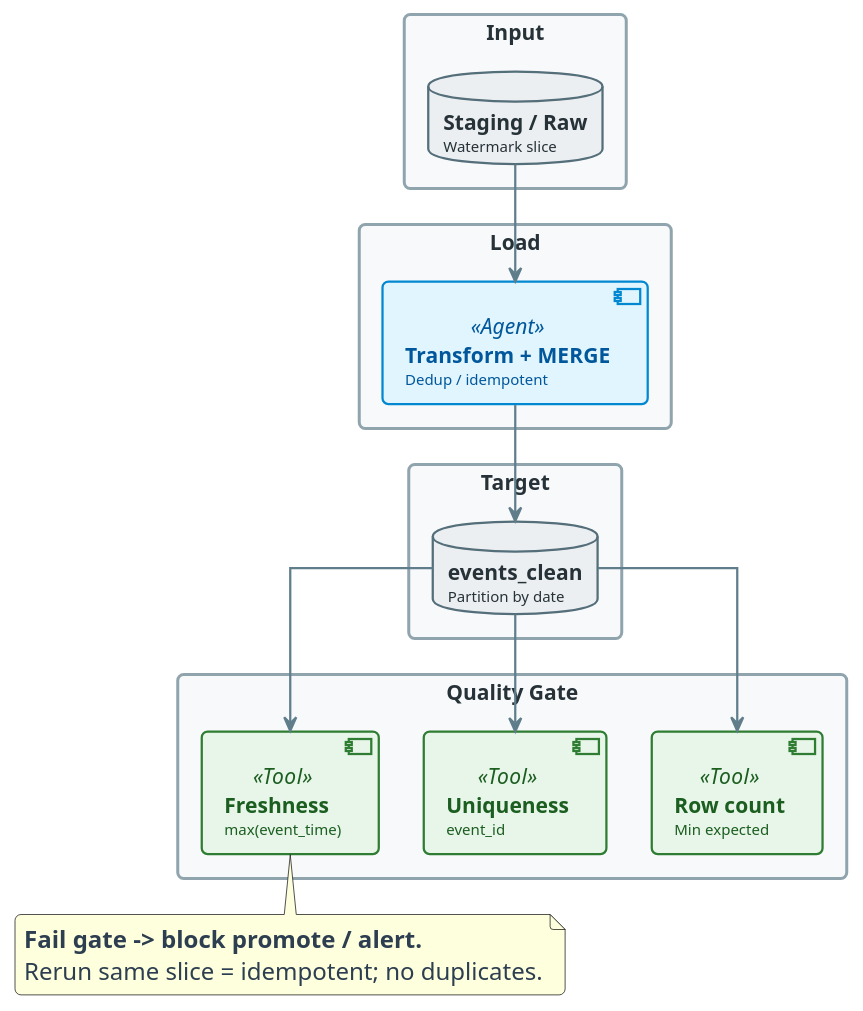
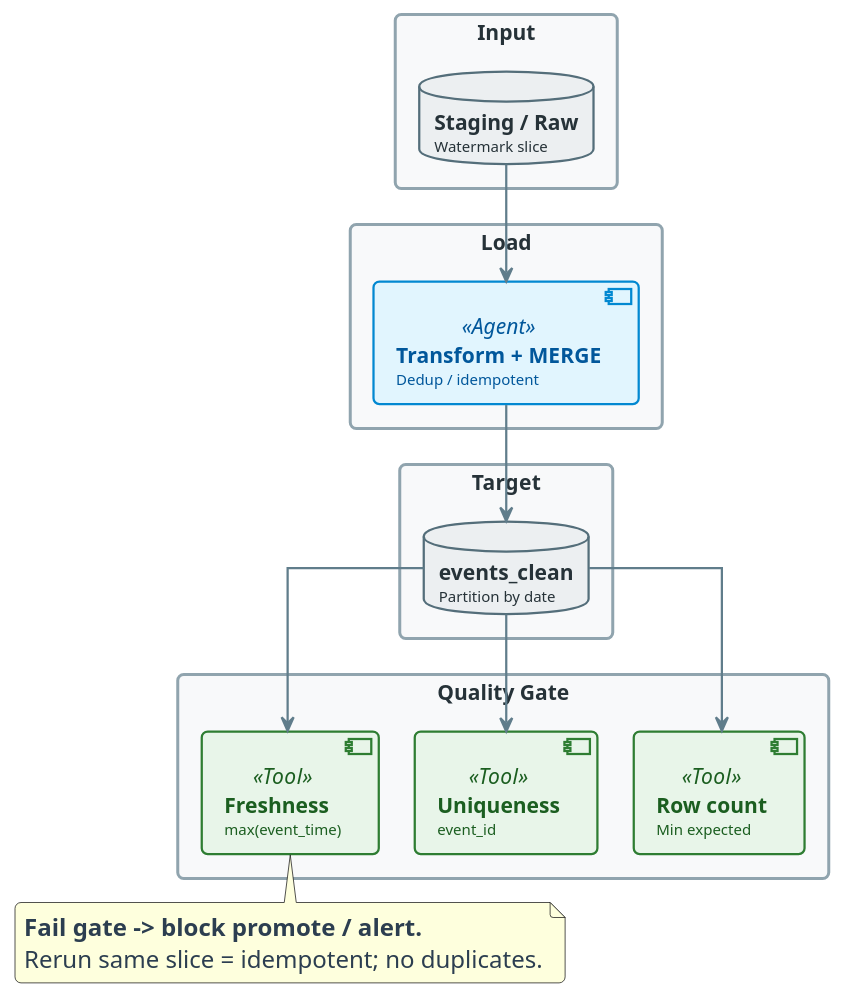
Before and after one commit to OrPerets/data-engineering-course: the diagram in diagrams/week13/week13_practice_slide20_quality_gate_flow.puml, drawn with PlantUML. The commit also changed 142 other files, not shown here.

```diff
--- a/diagrams/week13/week13_practice_slide20_quality_gate_flow.puml
+++ b/diagrams/week13/week13_practice_slide20_quality_gate_flow.puml
@@ -1,160 +1,160 @@
 @startuml
 '=================================================
 ' CANONICAL DIAGRAM TEMPLATE - DATA ENGINEERING
 '=================================================
 
 top to bottom direction
 skinparam linetype ortho
 skinparam shadowing false
 skinparam roundcorner 8
 skinparam handwritten false
-skinparam nodesep 30
-skinparam ranksep 40
+skinparam nodesep 24
+skinparam ranksep 28
 
 '-------------------------
 ' FONT & GLOBAL STYLE
 '-------------------------
 skinparam defaultFontName "Segoe UI, Helvetica, sans-serif"
 skinparam defaultFontSize 16
 skinparam defaultFontColor #2C3E50
 
 '-------------------------
 ' GENERIC BOX STYLE
 '-------------------------
 skinparam rectangle {
     BackgroundColor #F8F9FA
     BorderColor #90A4AE
     BorderThickness 2
     FontColor #263238
     FontSize 14
     FontStyle bold
     Padding 20
 }
 
 skinparam component {
     BackgroundColor #FFFFFF
     BorderColor #78909C
     BorderThickness 1.5
     FontSize 14
     Padding 12
 }
 
 skinparam database {
     BackgroundColor #ECEFF1
     BorderColor #546E7A
     BorderThickness 1.5
     FontSize 14
     FontColor #263238
 }
 
 skinparam arrow {
     Color #607D8B
     Thickness 1.5
     FontSize 11
     FontColor #546E7A
 }
 
 '-------------------------
 ' SEMANTIC STEREOTYPES
 '-------------------------
 skinparam component<<UI>> {
     BorderColor #8E24AA
     BackgroundColor #F3E5F5
     FontColor #4A148C
 }
 
 skinparam component<<Agent>> {
     BorderColor #0288D1
     BackgroundColor #E1F5FE
     FontColor #01579B
 }
 
 skinparam component<<Tool>> {
     BorderColor #2E7D32
     BackgroundColor #E8F5E9
     FontColor #1B5E20
 }
 
 skinparam component<<Config>> {
     BorderColor #F57C00
     BackgroundColor #FFF3E0
     FontColor #E65100
 }
 
 skinparam component<<Bad>> {
     BorderColor #C62828
     BackgroundColor #FFEBEE
     FontColor #B71C1C
 }
 
 skinparam component<<V1>> {
     BorderColor #F57C00
     BackgroundColor #FFF3E0
     FontColor #E65100
 }
 
 skinparam component<<V2>> {
     BorderColor #2E7D32
     BackgroundColor #E8F5E9
     FontColor #1B5E20
 }
 
 skinparam component<<up>> {
     BackgroundColor #E8F5E9
     BorderColor #2E7D32
 }
 
 skinparam component<<down>> {
     BackgroundColor #FFEBEE
     BorderColor #C62828
 }
 
 skinparam database<<up>> {
     BackgroundColor #E8F5E9
     BorderColor #2E7D32
 }
 
 skinparam database<<down>> {
     BackgroundColor #FFEBEE
     BorderColor #C62828
 }
 
 skinparam component<<success>> {
     BackgroundColor #E8F5E9
     BorderColor #2E7D32
 }
 
 skinparam component<<failure>> {
     BackgroundColor #FFEBEE
     BorderColor #C62828
 }
 
 '=================================================
 
 rectangle "Input" #F8F9FA {
     database "**Staging / Raw**\n<size:10>Watermark slice</size>" as INP
 }
 
 rectangle "Load" #F8F9FA {
     component "**Transform + MERGE**\n<size:10>Dedup / idempotent</size>" as LOAD_STEP <<Agent>>
 }
 
 rectangle "Target" #F8F9FA {
     database "**events_clean**\n<size:10>Partition by date</size>" as TGT
 }
 
 rectangle "Quality Gate" #F8F9FA {
     component "**Row count**\n<size:10>Min expected</size>" as Q1 <<Tool>>
     component "**Uniqueness**\n<size:10>event_id</size>" as Q2 <<Tool>>
     component "**Freshness**\n<size:10>max(event_time)</size>" as Q3 <<Tool>>
 }
 
 INP --> LOAD_STEP
 LOAD_STEP --> TGT
 TGT --> Q1
 TGT --> Q2
 TGT --> Q3
 
 note bottom of Q3 : **Fail gate -> block promote / alert.**\nRerun same slice = idempotent; no duplicates.
 
 @enduml
```
